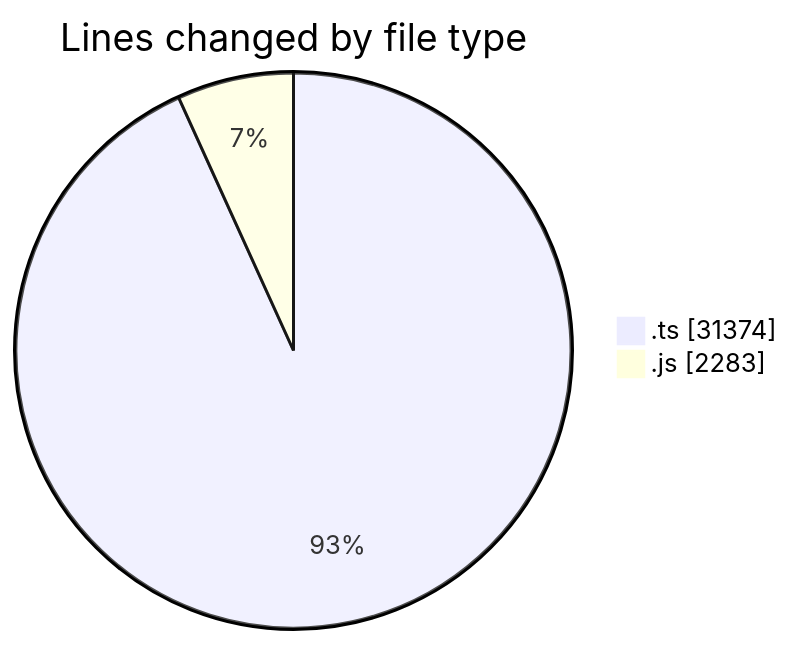
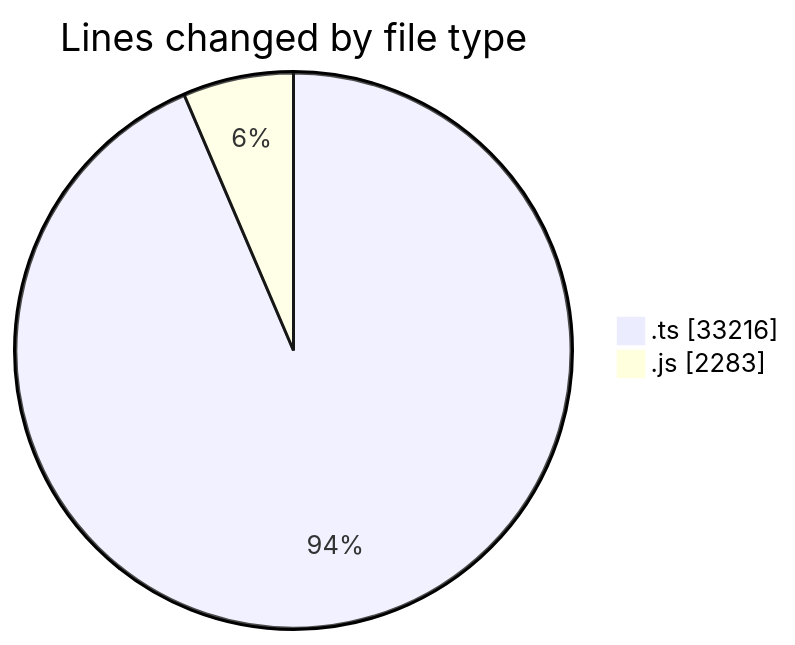
Before and after one commit to momahboobian/code-tracking: the first of 2 diagrams in 2025-06-27/cda/README.md, drawn with Mermaid. The commit also changed other lines of this file and 1 other file, not shown here.

````diff
--- a/2025-06-27/cda/README.md
+++ b/2025-06-27/cda/README.md
@@ -31,6 +32,6 @@
 ```mermaid
 pie showData
 title Lines changed by file type
-".ts" : 31374
+".ts" : 33216
 ".js" : 2283
 ```
````
